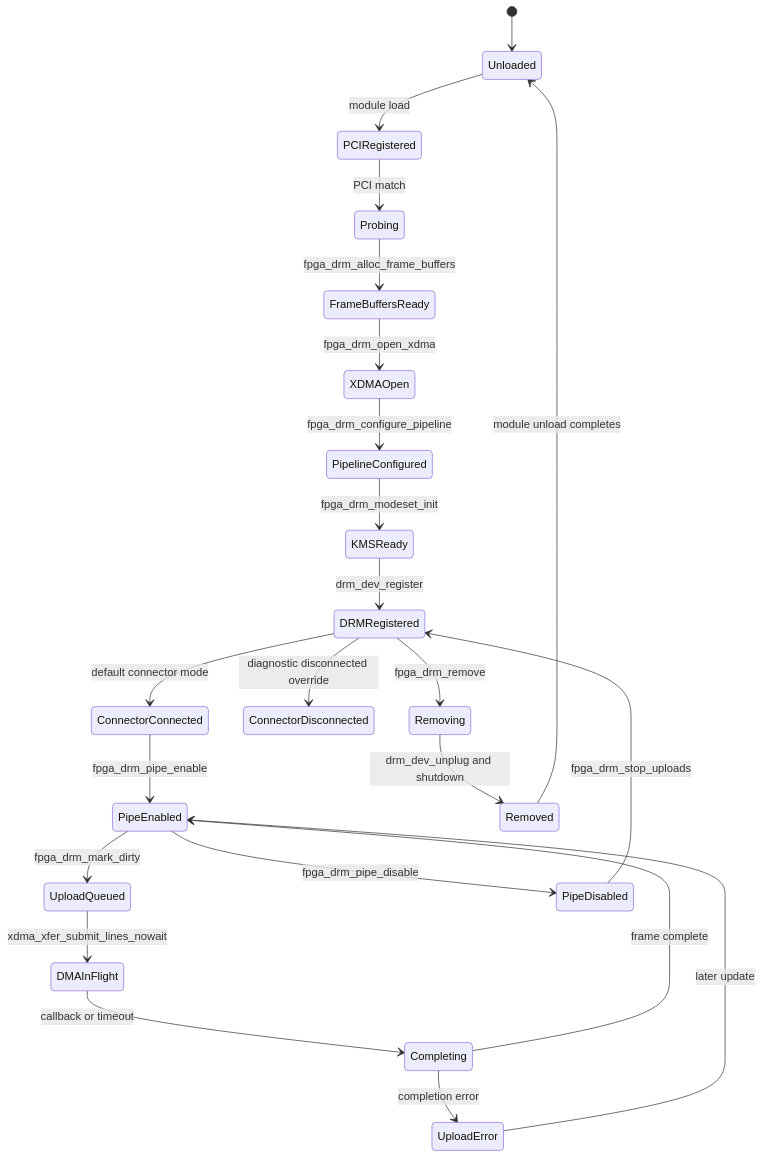
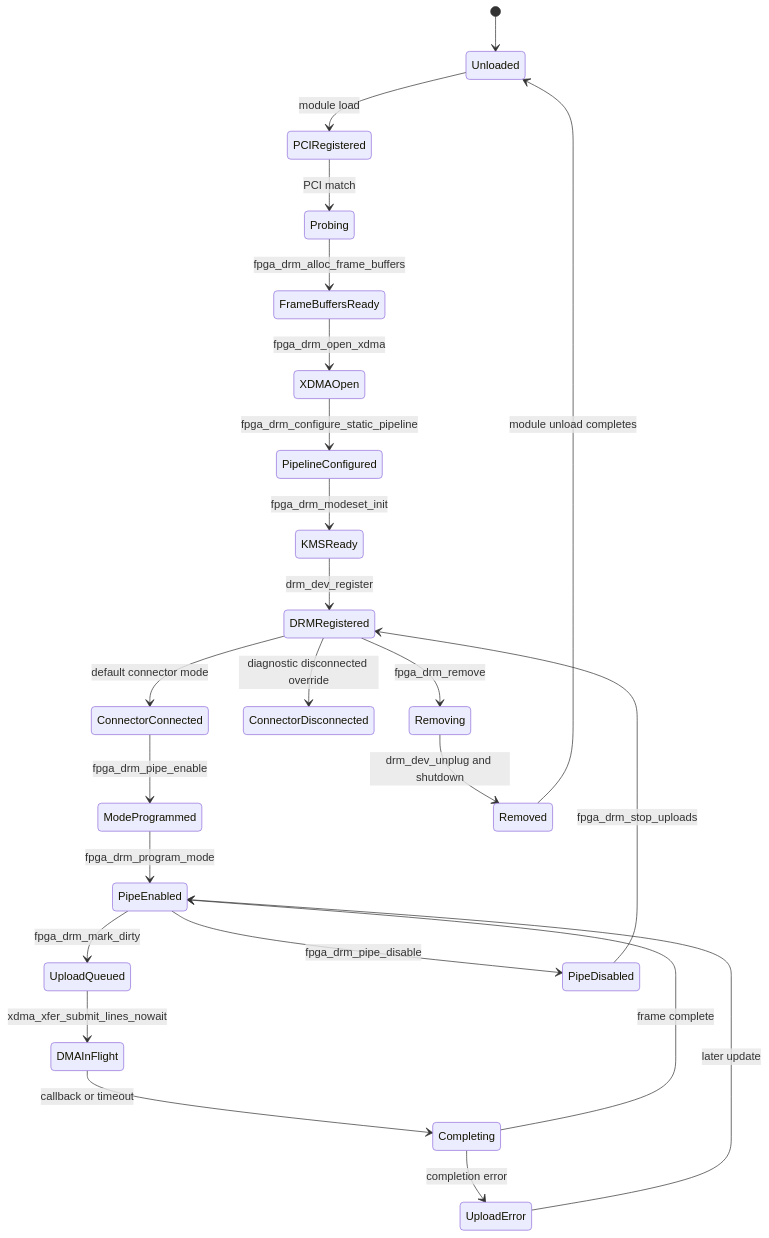
One commit to alpkoyun/Simple-Display-Controller changed the first of 2 diagrams in doc/Linux_DRM_Driver_AI_GEN_documents/state_machine.md. Above: the diagram before and after it, drawn with Mermaid. The commit also changed other lines of this file and 19 other files, not shown here.

````diff
--- a/doc/Linux_DRM_Driver_AI_GEN_documents/state_machine.md
+++ b/doc/Linux_DRM_Driver_AI_GEN_documents/state_machine.md
@@ -9,25 +9,26 @@
 ```mermaid
 stateDiagram-v2
     [*] --> Unloaded
     Unloaded --> PCIRegistered: module load
     PCIRegistered --> Probing: PCI match
     Probing --> FrameBuffersReady: fpga_drm_alloc_frame_buffers
     FrameBuffersReady --> XDMAOpen: fpga_drm_open_xdma
-    XDMAOpen --> PipelineConfigured: fpga_drm_configure_pipeline
+    XDMAOpen --> PipelineConfigured: fpga_drm_configure_static_pipeline
     PipelineConfigured --> KMSReady: fpga_drm_modeset_init
     KMSReady --> DRMRegistered: drm_dev_register
     DRMRegistered --> ConnectorConnected: default connector mode
     DRMRegistered --> ConnectorDisconnected: diagnostic disconnected override
-    ConnectorConnected --> PipeEnabled: fpga_drm_pipe_enable
+    ConnectorConnected --> ModeProgrammed: fpga_drm_pipe_enable
+    ModeProgrammed --> PipeEnabled: fpga_drm_program_mode
     PipeEnabled --> UploadQueued: fpga_drm_mark_dirty
     UploadQueued --> DMAInFlight: xdma_xfer_submit_lines_nowait
     DMAInFlight --> Completing: callback or timeout
     Completing --> PipeEnabled: frame complete
     Completing --> UploadError: completion error
     UploadError --> PipeEnabled: later update
     PipeEnabled --> PipeDisabled: fpga_drm_pipe_disable
     PipeDisabled --> DRMRegistered: fpga_drm_stop_uploads
     DRMRegistered --> Removing: fpga_drm_remove
     Removing --> Removed: drm_dev_unplug and shutdown
     Removed --> Unloaded: module unload completes
 ```
````
